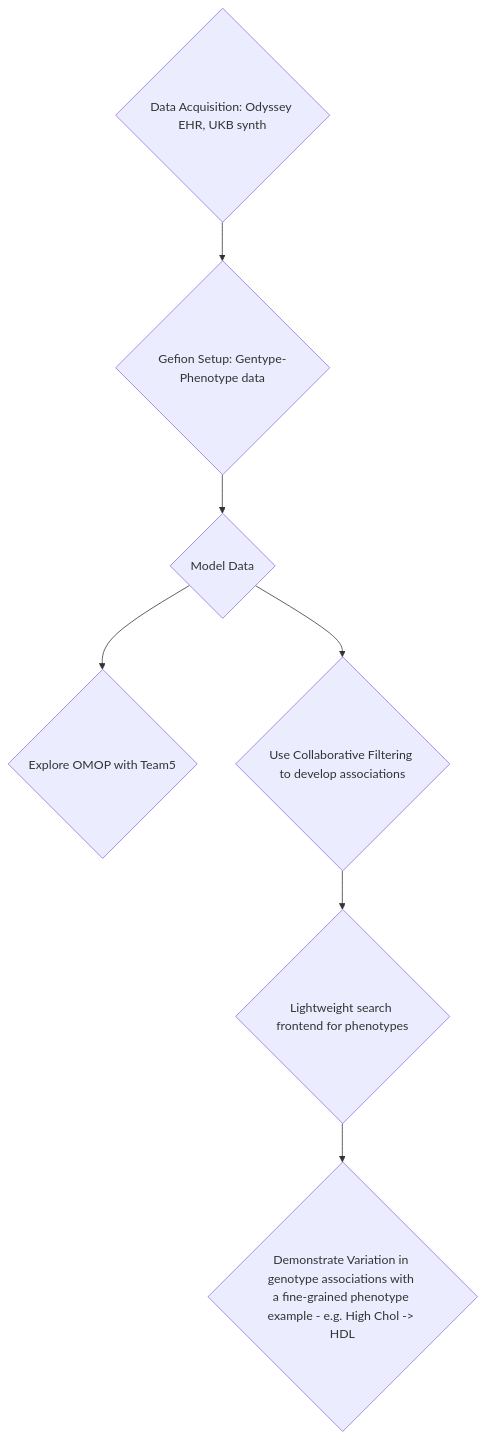
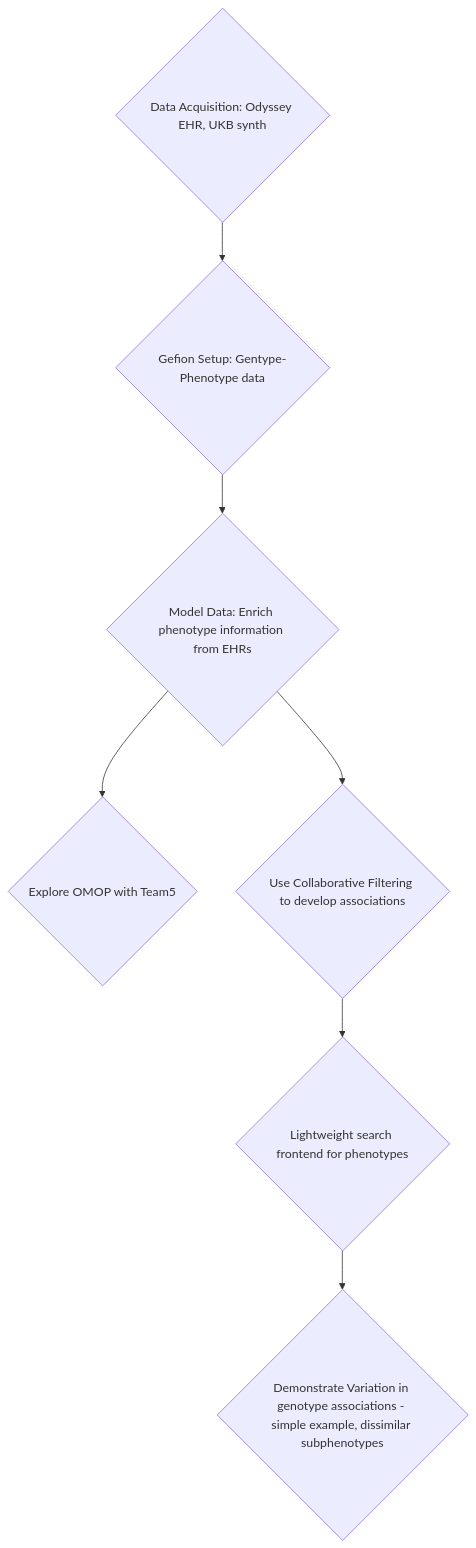
Before and after one commit to collaborativebioinformatics/F3CF: the diagram in flowchart.md, drawn with Mermaid.

````diff
--- a/flowchart.md
+++ b/flowchart.md
@@ -1,9 +1,9 @@
 ```mermaid
 graph TD;
     A{"Data Acquisition: Odyssey EHR, UKB synth"}-->B{"Gefion Setup: Gentype-Phenotype data"};
-    B-->C{"Model Data"};
+    B-->C{"Model Data: Enrich phenotype information from EHRs"};
     C-->D{"Explore OMOP with Team5"};
     C-->E{"Use Collaborative Filtering to develop associations"};
     E-->G{"Lightweight search frontend for phenotypes"}
-    G-->F{"Demonstrate Variation in genotype associations with a fine-grained phenotype example - e.g. High Chol -> HDL"};
+    G-->F{"Demonstrate Variation in genotype associations - simple example, dissimilar subphenotypes"};
 ```
````
